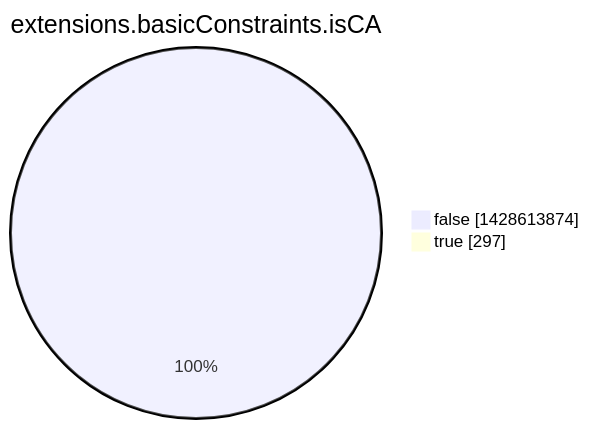
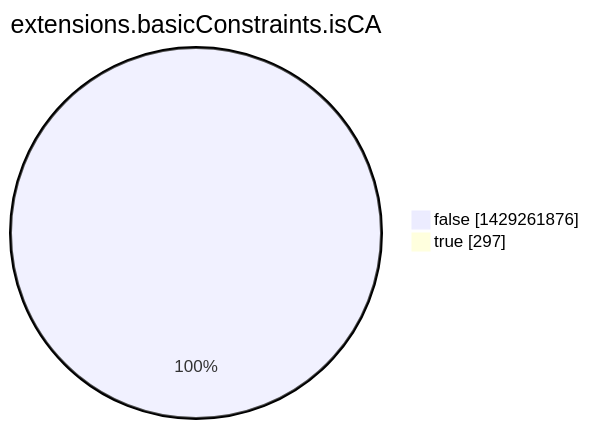
One commit to christiankrug/ctmonitor_visualization changed the eighth of 15 diagrams in argon2022/README.md. Above: the diagram before and after it, drawn with Mermaid. The commit also changed other lines of this file, not shown here.

````diff
--- a/argon2022/README.md
+++ b/argon2022/README.md
@@ -2760,6 +2760,6 @@
 ```mermaid
 pie showData
 title extensions.basicConstraints.isCA
-"false" :1428613874
+"false" :1429261876
 "true" :297
 ```
````
